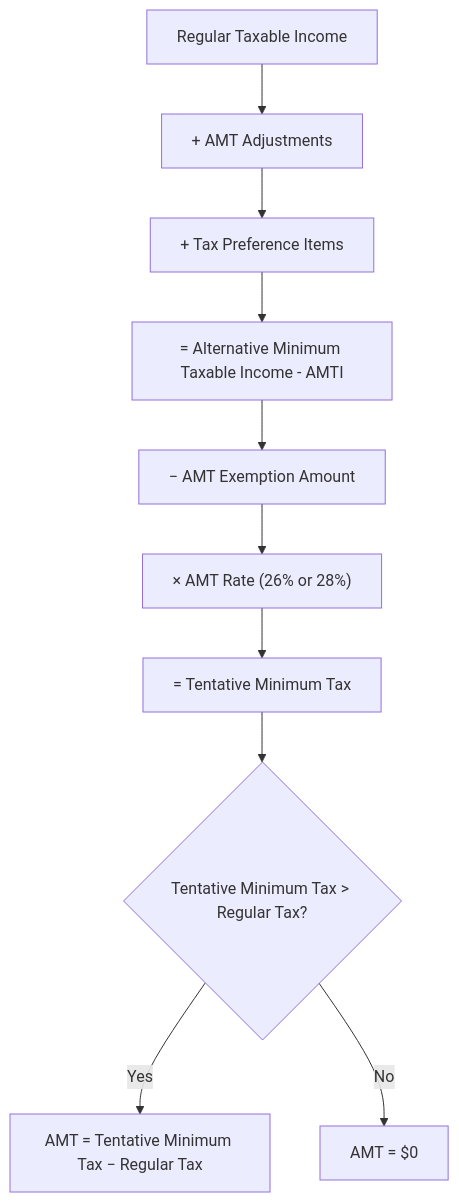
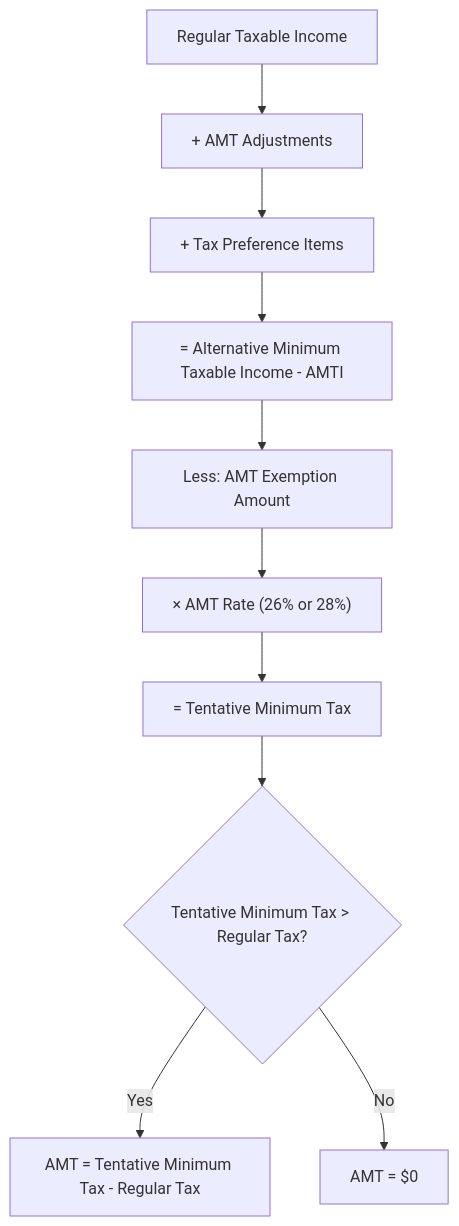
One commit to subwaymatch/cpabear-book changed the diagram in docs/tcp/individual-compliance-and-tax-planning/individual-compliance-and-tax-planning.md. Above: the diagram before and after it, drawn with Mermaid. The commit also changed other lines of this file and 222 other files, not shown here.

````diff
--- a/docs/tcp/individual-compliance-and-tax-planning/individual-compliance-and-tax-planning.md
+++ b/docs/tcp/individual-compliance-and-tax-planning/individual-compliance-and-tax-planning.md
@@ -61,12 +61,12 @@
 ```mermaid
 flowchart TD
     A[Regular Taxable Income] --> B[+ AMT Adjustments]
     B --> C[+ Tax Preference Items]
     C --> D[= Alternative Minimum Taxable Income - AMTI]
-    D --> E["− AMT Exemption Amount"]
+    D --> E["Less: AMT Exemption Amount"]
     E --> F["× AMT Rate (26% or 28%)"]
     F --> G[= Tentative Minimum Tax]
     G --> H{"Tentative Minimum Tax > Regular Tax?"}
-    H -->|Yes| I["AMT = Tentative Minimum Tax − Regular Tax"]
+    H -->|Yes| I["AMT = Tentative Minimum Tax - Regular Tax"]
     H -->|No| J[AMT = $0]
 ```
````
